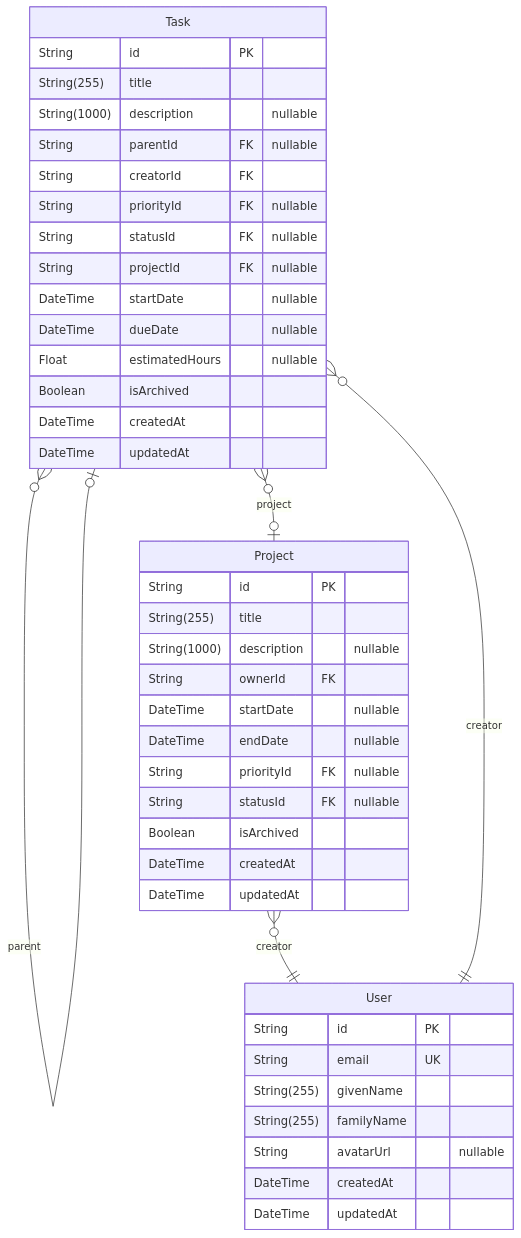
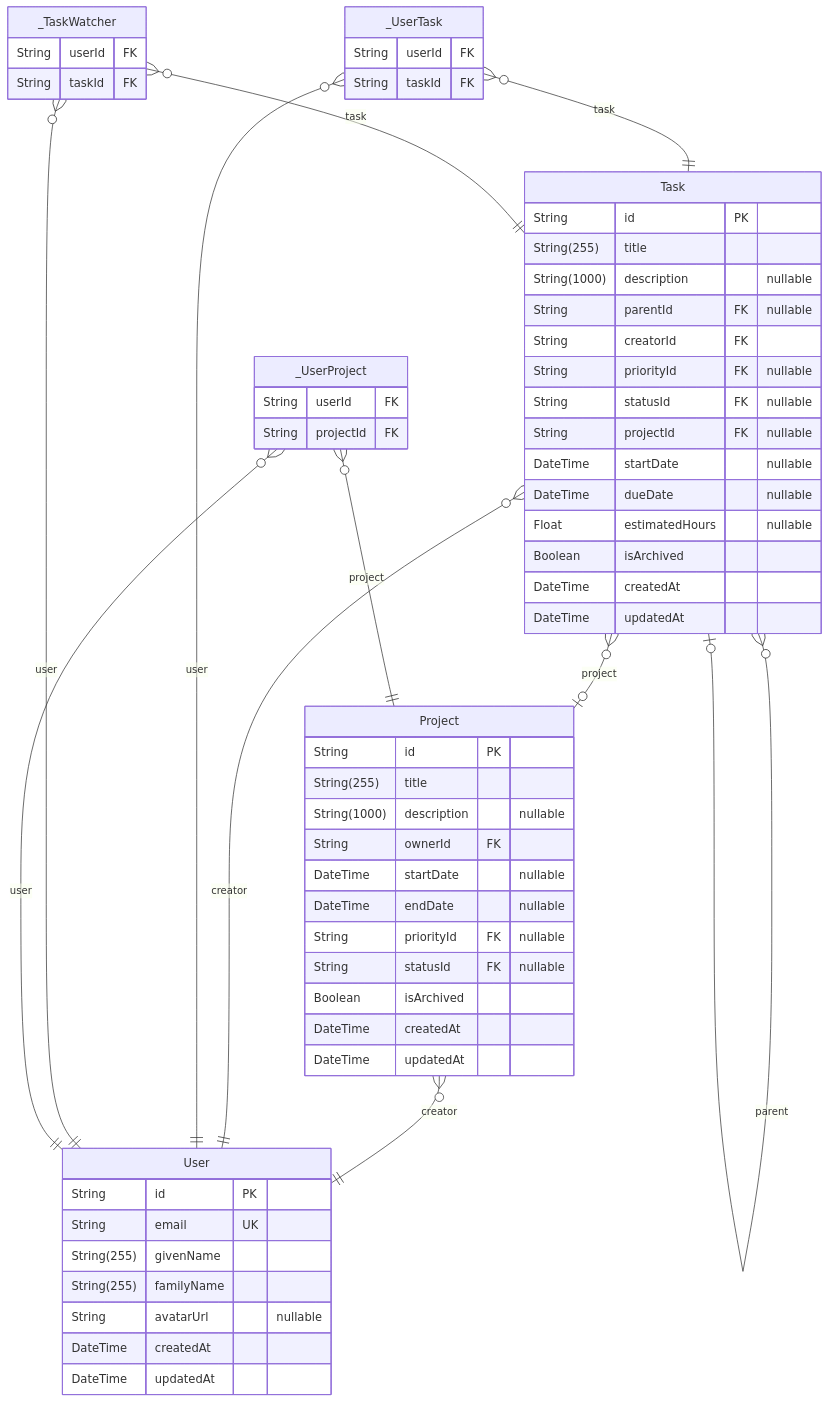
The fifth of 6 diagrams in docs/database-schema.md (MaquestiauxLabs/demo-react-taskmanager), drawn with Mermaid before and after one commit. The commit also changed other lines of this file and 6 other files, not shown here.

Commit message:
TASKS: Add watcher/follower support for user notifications Fixes #61

````diff
--- a/docs/database-schema.md
+++ b/docs/database-schema.md
@@ -236,45 +278,63 @@
 ```mermaid
 erDiagram
 "Project" {
   String id PK
   String(255) title
   String(1000) description "nullable"
   String ownerId FK
   DateTime startDate "nullable"
   DateTime endDate "nullable"
   String priorityId FK "nullable"
   String statusId FK "nullable"
   Boolean isArchived
   DateTime createdAt
   DateTime updatedAt
 }
 "Task" {
   String id PK
   String(255) title
   String(1000) description "nullable"
   String parentId FK "nullable"
   String creatorId FK
   String priorityId FK "nullable"
   String statusId FK "nullable"
   String projectId FK "nullable"
   DateTime startDate "nullable"
   DateTime dueDate "nullable"
   Float estimatedHours "nullable"
   Boolean isArchived
   DateTime createdAt
   DateTime updatedAt
 }
 "User" {
   String id PK
   String email UK
   String(255) givenName
   String(255) familyName
   String avatarUrl "nullable"
   DateTime createdAt
   DateTime updatedAt
 }
+"_UserTask" {
+  String userId FK
+  String taskId FK
+}
+"_TaskWatcher" {
+  String userId FK
+  String taskId FK
+}
+"_UserProject" {
+  String userId FK
+  String projectId FK
+}
 "Project" }o--|| "User" : creator
 "Task" }o--o| "Task" : parent
 "Task" }o--|| "User" : creator
 "Task" }o--o| "Project" : project
+"_UserTask" }o--|| "User" : user
+"_UserTask" }o--|| "Task" : task
+"_TaskWatcher" }o--|| "User" : user
+"_TaskWatcher" }o--|| "Task" : task
+"_UserProject" }o--|| "User" : user
+"_UserProject" }o--|| "Project" : project
 ```
````
